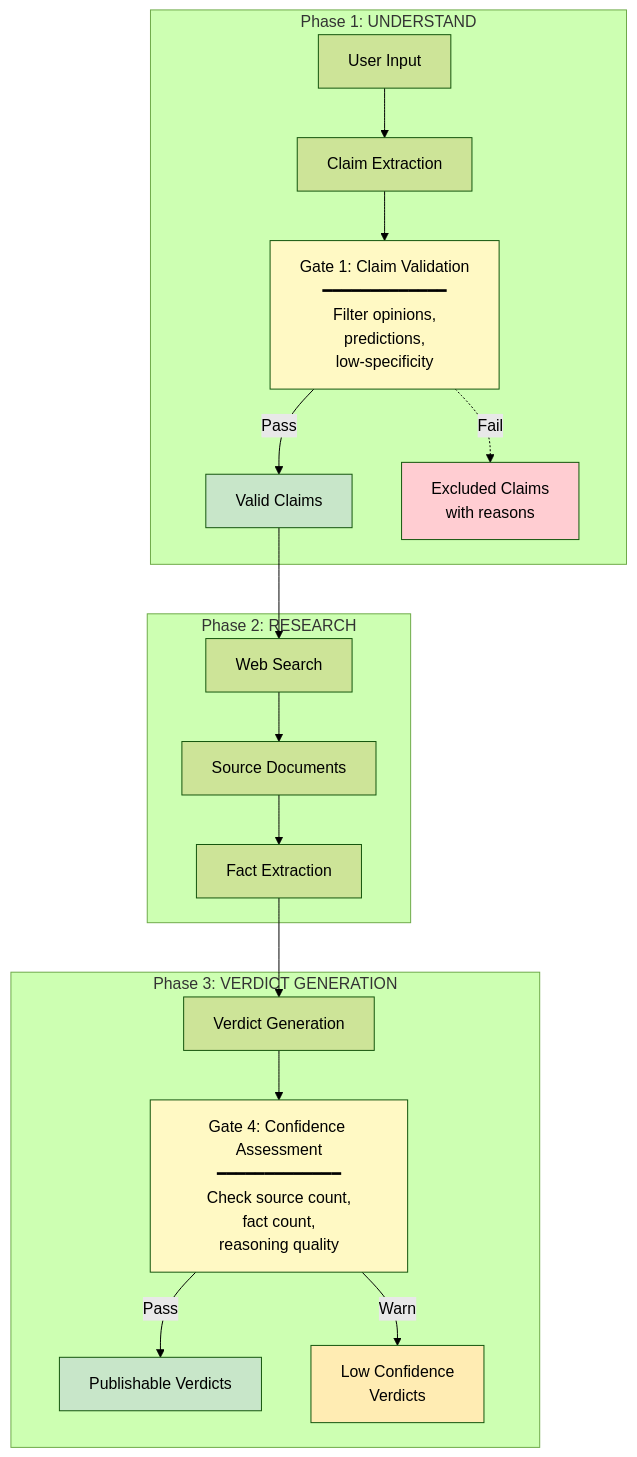
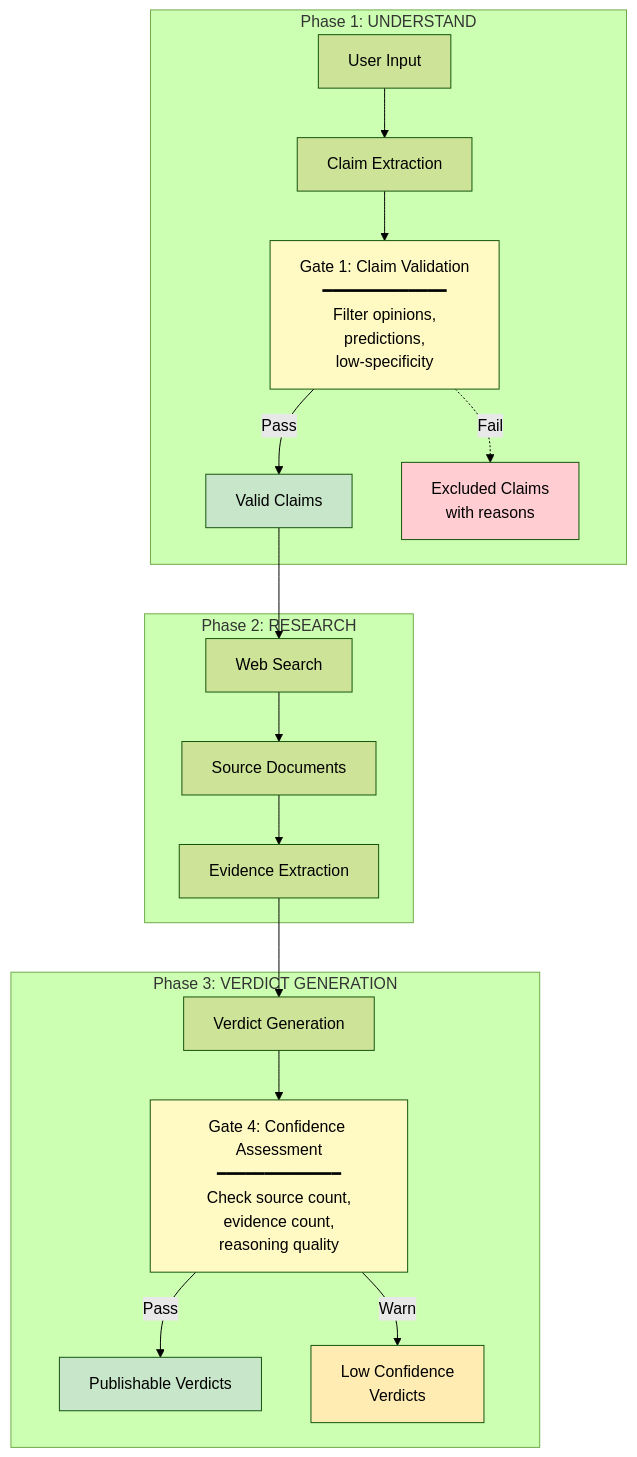
One commit to robertschaub/FactHarbor changed the diagram in Docs/ARCHITECTURE/Quality_Gates_Reference.md. Above: the diagram before and after it, drawn with Mermaid (forest theme). The commit also changed other lines of this file and 90 other files, not shown here.

````diff
--- a/Docs/ARCHITECTURE/Quality_Gates_Reference.md
+++ b/Docs/ARCHITECTURE/Quality_Gates_Reference.md
@@ -44,29 +44,29 @@
 ```mermaid
 flowchart TB
     subgraph UNDERSTAND["Phase 1: UNDERSTAND"]
         Input[User Input] --> ClaimExtraction[Claim Extraction]
         ClaimExtraction --> GATE1["Gate 1: Claim Validation<br/>━━━━━━━━━━━━━<br/>Filter opinions,<br/>predictions,<br/>low-specificity"]
         GATE1 -->|Pass| ValidClaims[Valid Claims]
         GATE1 -.->|Fail| ExcludedClaims[Excluded Claims<br/>with reasons]
     end
 
     subgraph RESEARCH["Phase 2: RESEARCH"]
         ValidClaims --> Search[Web Search]
         Search --> Sources[Source Documents]
-        Sources --> FactExtraction[Fact Extraction]
+        Sources --> FactExtraction[Evidence Extraction]
     end
 
     subgraph VERDICT["Phase 3: VERDICT GENERATION"]
         FactExtraction --> VerdictGeneration[Verdict Generation]
-        VerdictGeneration --> GATE4["Gate 4: Confidence Assessment<br/>━━━━━━━━━━━━━<br/>Check source count,<br/>fact count,<br/>reasoning quality"]
+        VerdictGeneration --> GATE4["Gate 4: Confidence Assessment<br/>━━━━━━━━━━━━━<br/>Check source count,<br/>evidence count,<br/>reasoning quality"]
         GATE4 -->|Pass| PublishableVerdicts[Publishable Verdicts]
         GATE4 -->|Warn| LowConfidenceVerdicts[Low Confidence<br/>Verdicts]
     end
 
     style GATE1 fill:#fff9c4
     style GATE4 fill:#fff9c4
     style ExcludedClaims fill:#ffcdd2
     style ValidClaims fill:#c8e6c9
     style PublishableVerdicts fill:#c8e6c9
     style LowConfidenceVerdicts fill:#ffecb3
 ```
````
